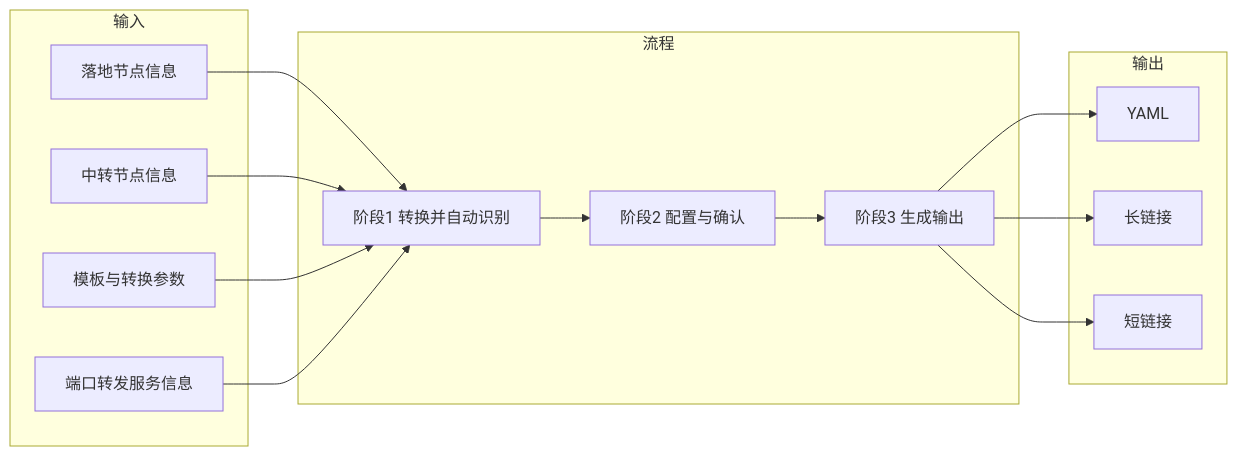
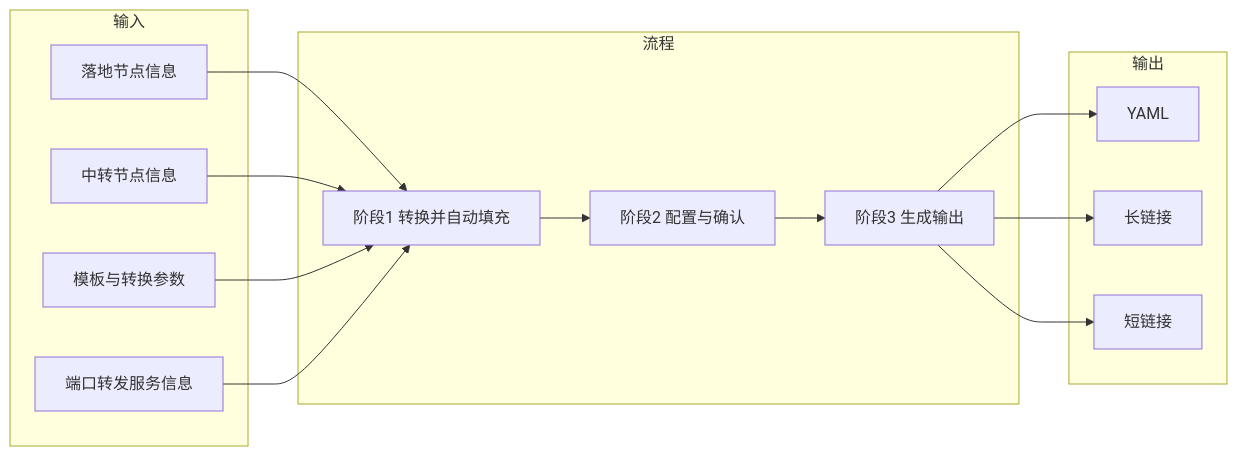
The diagram in docs/spec/01-overview.md (slackworker/chain-subconverter), drawn with Mermaid before and after one commit. The commit also changed other lines of this file and 4 other files, not shown here.

````diff
--- a/docs/spec/01-overview.md
+++ b/docs/spec/01-overview.md
@@ -23,31 +23,31 @@
 ```mermaid
 flowchart LR
   subgraph Input[输入]
     L[落地节点信息]
     T[中转节点信息]
     O[模板与转换参数]
     F[端口转发服务信息]
   end
 
   subgraph Flow[流程]
-    C[阶段1 转换并自动识别]
+    C[阶段1 转换并自动填充]
     S[阶段2 配置与确认]
     G[阶段3 生成输出]
   end
 
   subgraph Output[输出]
     Y[YAML]
     U[长链接]
     SU[短链接]
   end
 
   L --> C
   T --> C
   O --> C
   F --> C
   C --> S
   S --> G
   G --> Y
   G --> U
   G --> SU
 ```
````
